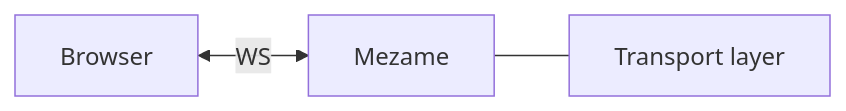
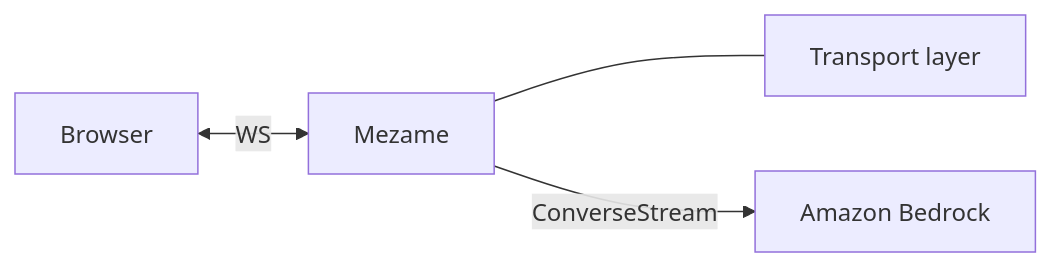
One commit to aichholzer/mezame changed the diagram in docs/architecture.md. Above: the diagram before and after it, drawn with Mermaid. The commit also changed other lines of this file and 11 other files, not shown here.

````diff
--- a/docs/architecture.md
+++ b/docs/architecture.md
@@ -5,9 +5,11 @@
 ```mermaid
 flowchart LR
   browser[Browser]
   mezame["Mezame"]
   transport["Transport layer"]
+  bedrock["Amazon Bedrock"]
 
   browser <-- WS --> mezame
   mezame --- transport
+  mezame -- ConverseStream --> bedrock
 ```
````
